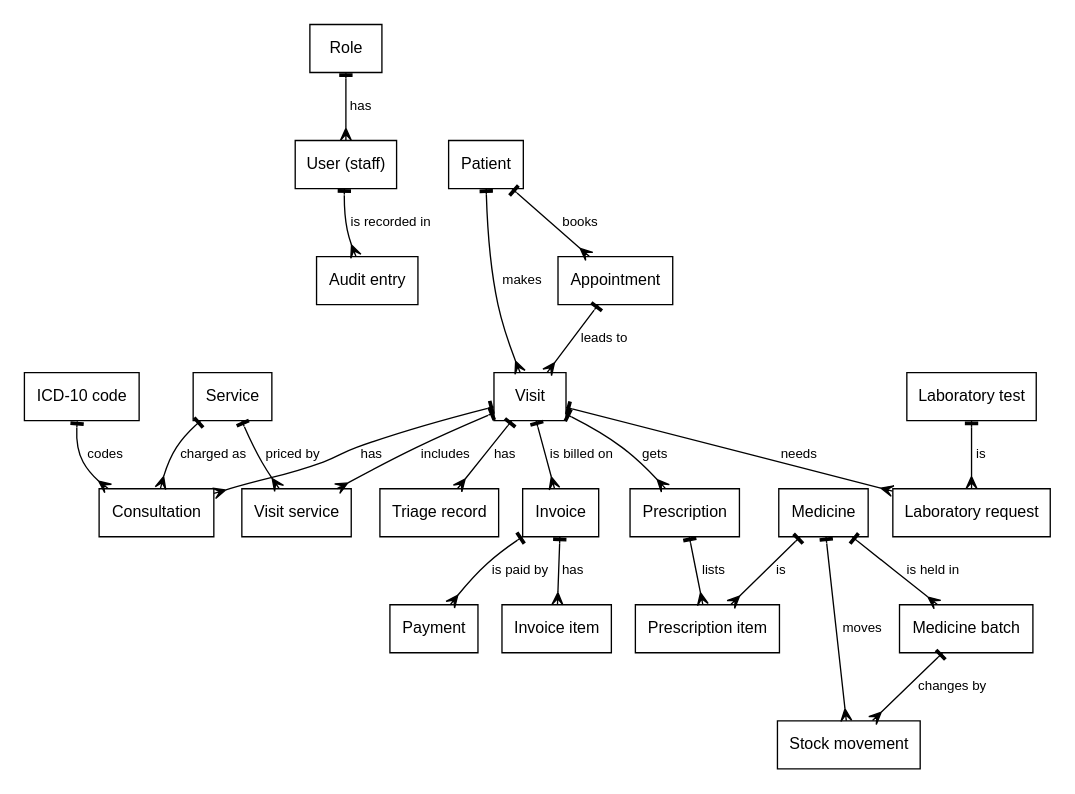
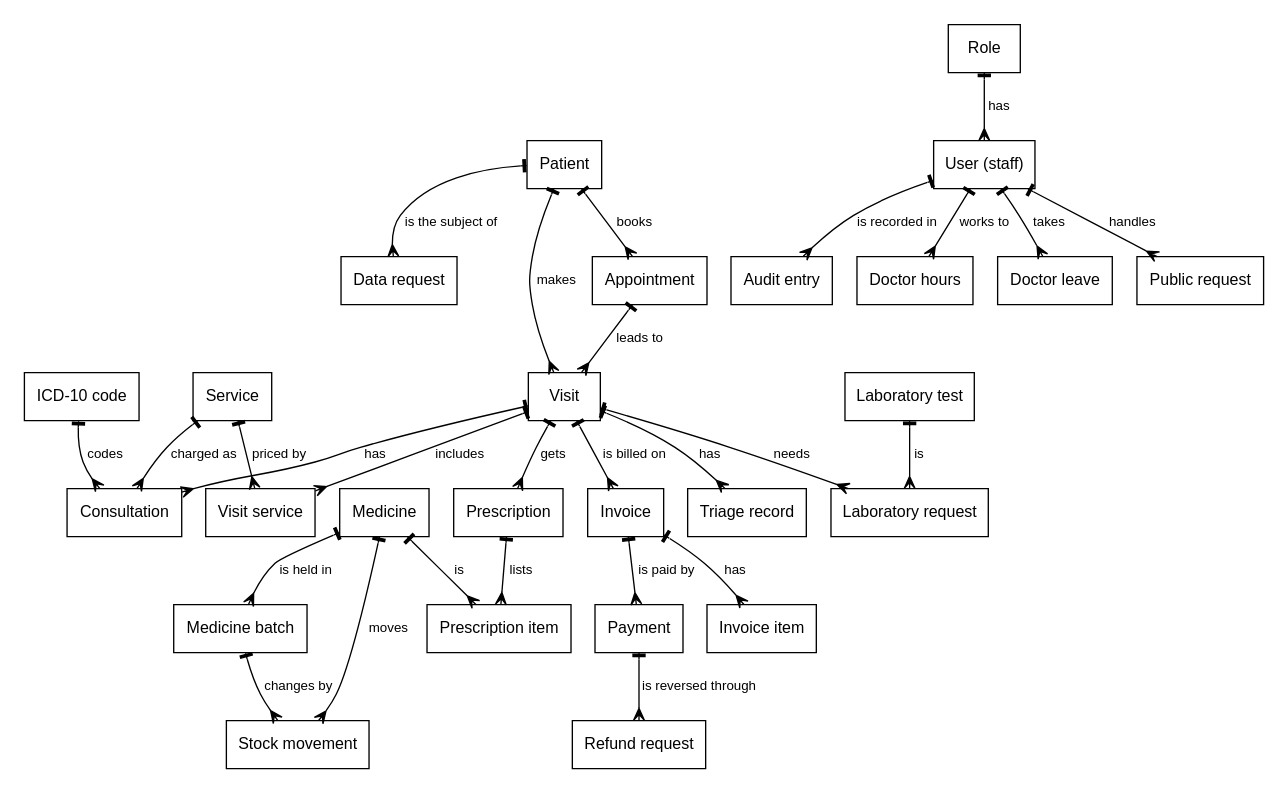
Before and after one commit to WAIYAH/ub-hms: the diagram in docs/build/diagrams_src/erd_conceptual.dot, drawn with Graphviz. The commit also changed 165 other files, not shown here.

```diff
--- a/docs/build/diagrams_src/erd_conceptual.dot
+++ b/docs/build/diagrams_src/erd_conceptual.dot
@@ -1,50 +1,60 @@
 digraph conceptual {
   graph [fontname="Arial", fontsize=12, bgcolor="white", pad="0.15"];
   node  [fontname="Arial", fontsize=11, color="black", fontcolor="black"];
   edge  [fontname="Arial", fontsize=10, color="black", fontcolor="black", arrowsize=0.9];
   rankdir=TB; nodesep=0.25; ranksep=0.55; node [shape=box, fontsize=12, margin="0.12,0.07"];
   roles [label="Role"];
   users [label="User (staff)"];
   audit_log [label="Audit entry"];
   patients [label="Patient"];
   appointments [label="Appointment"];
   visits [label="Visit"];
   triage [label="Triage record"];
   consultations [label="Consultation"];
   visit_services [label="Visit service"];
   services [label="Service"];
   icd10_codes [label="ICD-10 code"];
   lab_requests [label="Laboratory request"];
   lab_tests [label="Laboratory test"];
   prescriptions [label="Prescription"];
   prescription_items [label="Prescription item"];
   medicines [label="Medicine"];
   medicine_batches [label="Medicine batch"];
   stock_movements [label="Stock movement"];
   invoices [label="Invoice"];
   invoice_items [label="Invoice item"];
   payments [label="Payment"];
+  refund_requests [label="Refund request"];
+  doctor_schedules [label="Doctor hours"];
+  doctor_leave [label="Doctor leave"];
+  data_requests [label="Data request"];
+  public_requests [label="Public request"];
   roles -> users [arrowtail=tee, arrowhead=crow, dir=both, label=" has "];
   users -> audit_log [arrowtail=tee, arrowhead=crow, dir=both, label=" is recorded in "];
   patients -> appointments [arrowtail=tee, arrowhead=crow, dir=both, label=" books "];
   patients -> visits [arrowtail=tee, arrowhead=crow, dir=both, label=" makes "];
   appointments -> visits [arrowtail=tee, arrowhead=crow, dir=both, label=" leads to "];
   visits -> triage [arrowtail=tee, arrowhead=crow, dir=both, label=" has "];
   visits -> consultations [arrowtail=tee, arrowhead=crow, dir=both, label=" has "];
   visits -> visit_services [arrowtail=tee, arrowhead=crow, dir=both, label=" includes "];
   services -> visit_services [arrowtail=tee, arrowhead=crow, dir=both, label=" priced by "];
   services -> consultations [arrowtail=tee, arrowhead=crow, dir=both, label=" charged as "];
   icd10_codes -> consultations [arrowtail=tee, arrowhead=crow, dir=both, label=" codes "];
   visits -> lab_requests [arrowtail=tee, arrowhead=crow, dir=both, label=" needs "];
   lab_tests -> lab_requests [arrowtail=tee, arrowhead=crow, dir=both, label=" is "];
   visits -> prescriptions [arrowtail=tee, arrowhead=crow, dir=both, label=" gets "];
   prescriptions -> prescription_items [arrowtail=tee, arrowhead=crow, dir=both, label=" lists "];
   medicines -> prescription_items [arrowtail=tee, arrowhead=crow, dir=both, label=" is "];
   medicines -> medicine_batches [arrowtail=tee, arrowhead=crow, dir=both, label=" is held in "];
   medicine_batches -> stock_movements [arrowtail=tee, arrowhead=crow, dir=both, label=" changes by "];
   medicines -> stock_movements [arrowtail=tee, arrowhead=crow, dir=both, label=" moves "];
   visits -> invoices [arrowtail=tee, arrowhead=crow, dir=both, label=" is billed on "];
   invoices -> invoice_items [arrowtail=tee, arrowhead=crow, dir=both, label=" has "];
   invoices -> payments [arrowtail=tee, arrowhead=crow, dir=both, label=" is paid by "];
+  payments -> refund_requests [arrowtail=tee, arrowhead=crow, dir=both, label=" is reversed through "];
+  users -> doctor_schedules [arrowtail=tee, arrowhead=crow, dir=both, label=" works to "];
+  users -> doctor_leave [arrowtail=tee, arrowhead=crow, dir=both, label=" takes "];
+  patients -> data_requests [arrowtail=tee, arrowhead=crow, dir=both, label=" is the subject of "];
+  users -> public_requests [arrowtail=tee, arrowhead=crow, dir=both, label=" handles "];
   patients -> audit_log [style=invis];
 }
```
